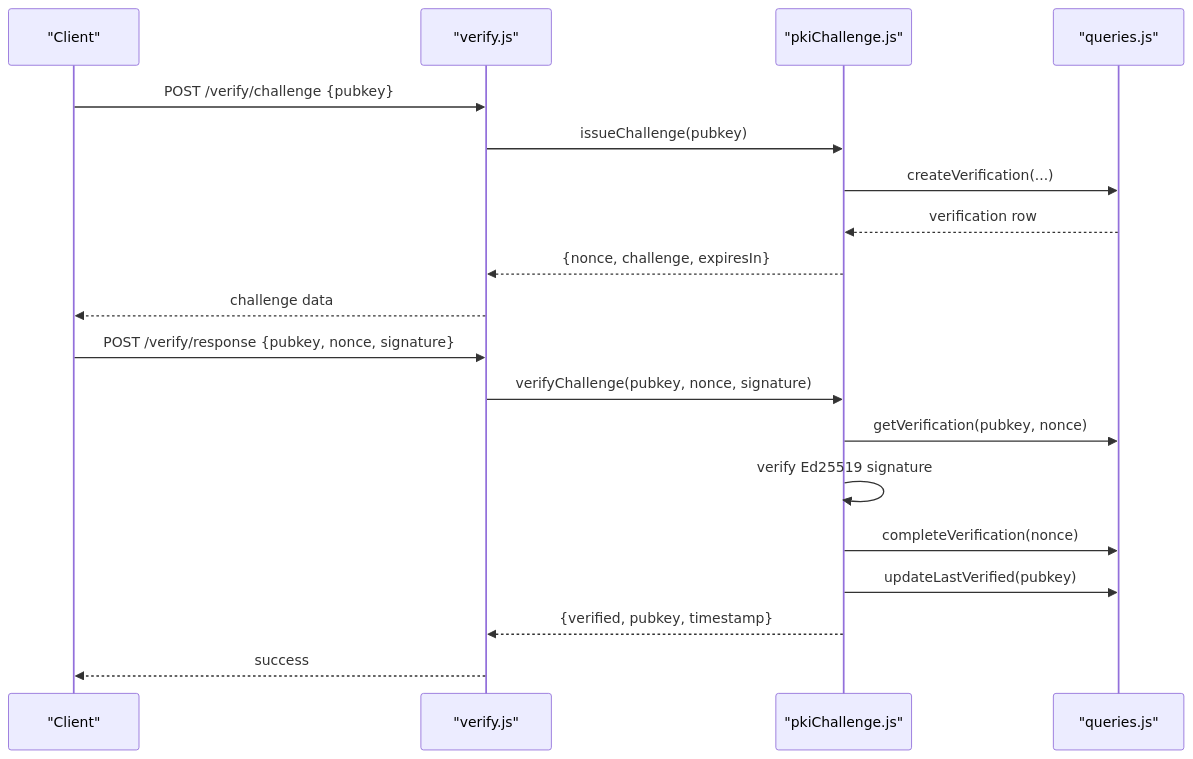
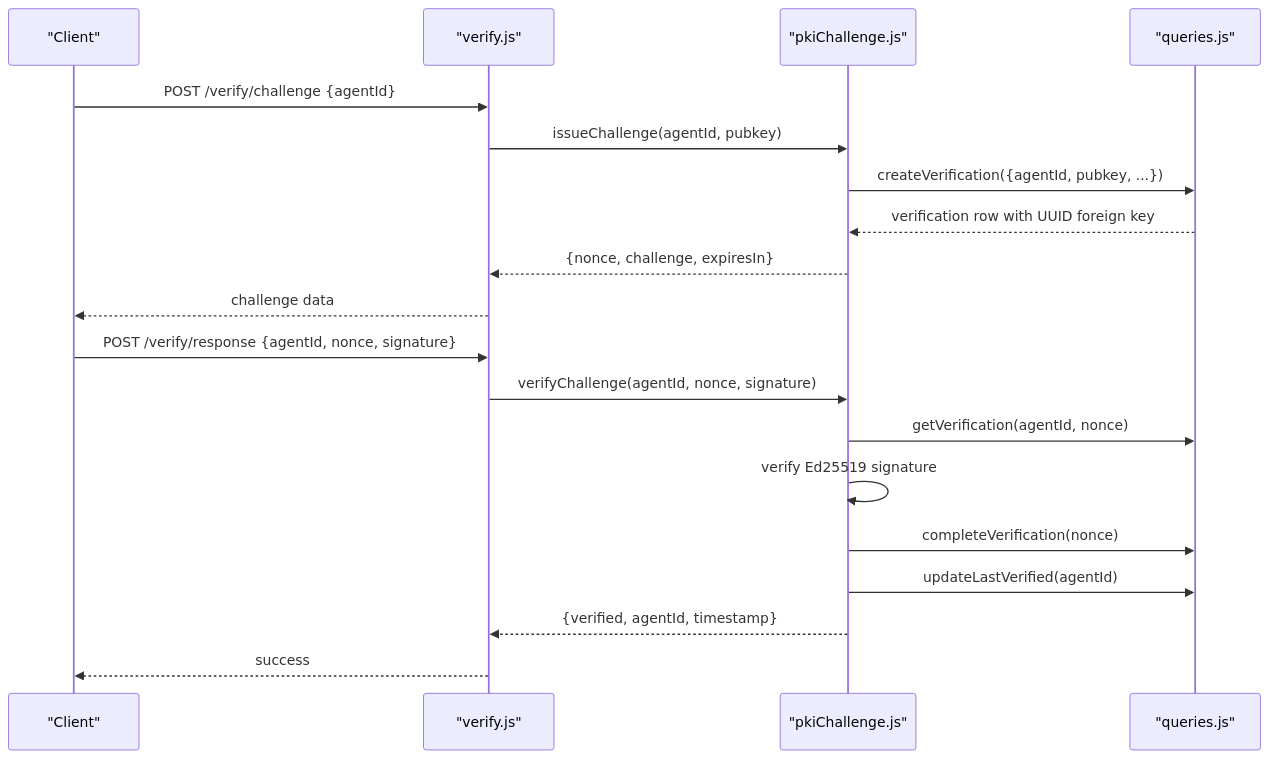
Before and after one commit to RunTimeAdmin/AgentID: the fourth of 6 diagrams in .qoder/repowiki/en/content/Database Design/Schema Overview.md, drawn with Mermaid. The commit also changed other lines of this file and 31 other files, not shown here.

````diff
--- a/.qoder/repowiki/en/content/Database Design/Schema Overview.md
+++ b/.qoder/repowiki/en/content/Database Design/Schema Overview.md
@@ -217,21 +221,21 @@
 ```mermaid
 sequenceDiagram
 participant Client as "Client"
 participant Route as "verify.js"
 participant Service as "pkiChallenge.js"
 participant DB as "queries.js"
-Client->>Route : POST /verify/challenge {pubkey}
-Route->>Service : issueChallenge(pubkey)
-Service->>DB : createVerification(...)
-DB-->>Service : verification row
+Client->>Route : POST /verify/challenge {agentId}
+Route->>Service : issueChallenge(agentId, pubkey)
+Service->>DB : createVerification({agentId, pubkey, ...})
+DB-->>Service : verification row with UUID foreign key
 Service-->>Route : {nonce, challenge, expiresIn}
 Route-->>Client : challenge data
-Client->>Route : POST /verify/response {pubkey, nonce, signature}
-Route->>Service : verifyChallenge(pubkey, nonce, signature)
-Service->>DB : getVerification(pubkey, nonce)
+Client->>Route : POST /verify/response {agentId, nonce, signature}
+Route->>Service : verifyChallenge(agentId, nonce, signature)
+Service->>DB : getVerification(agentId, nonce)
 Service->>Service : verify Ed25519 signature
 Service->>DB : completeVerification(nonce)
-Service->>DB : updateLastVerified(pubkey)
-Service-->>Route : {verified, pubkey, timestamp}
+Service->>DB : updateLastVerified(agentId)
+Service-->>Route : {verified, agentId, timestamp}
 Route-->>Client : success
 ```
````
